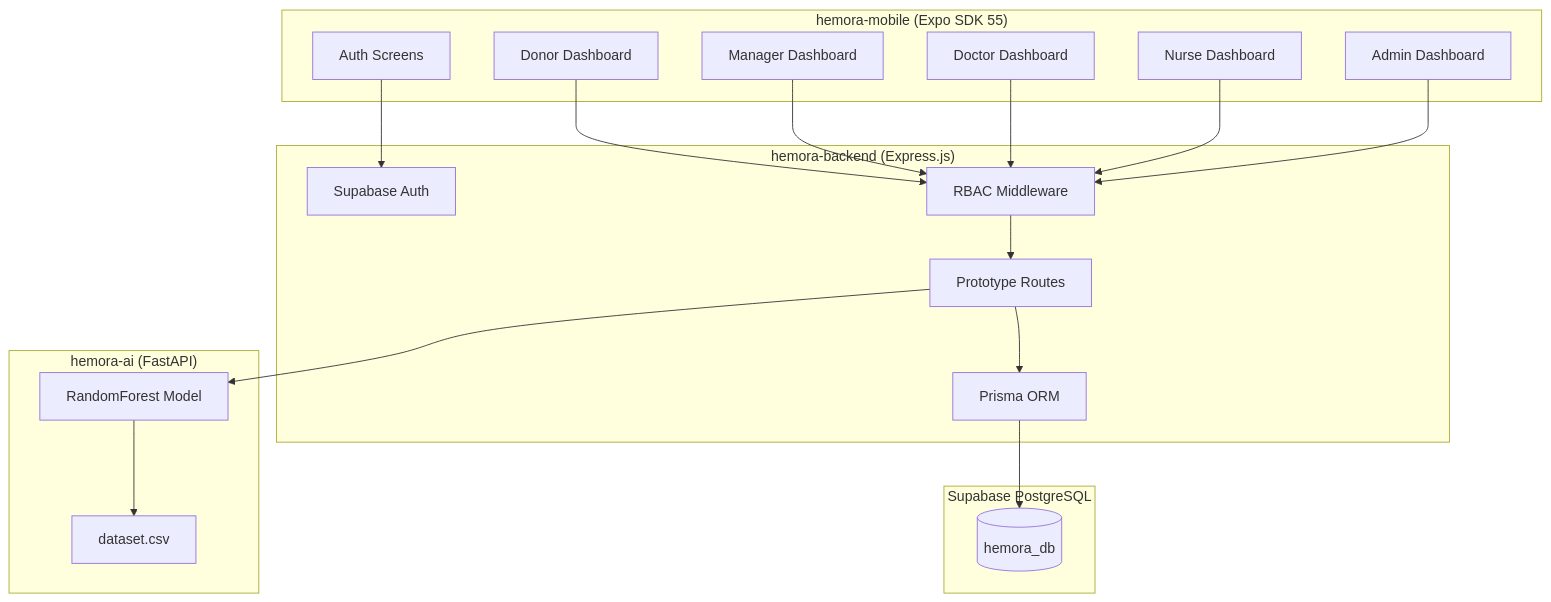
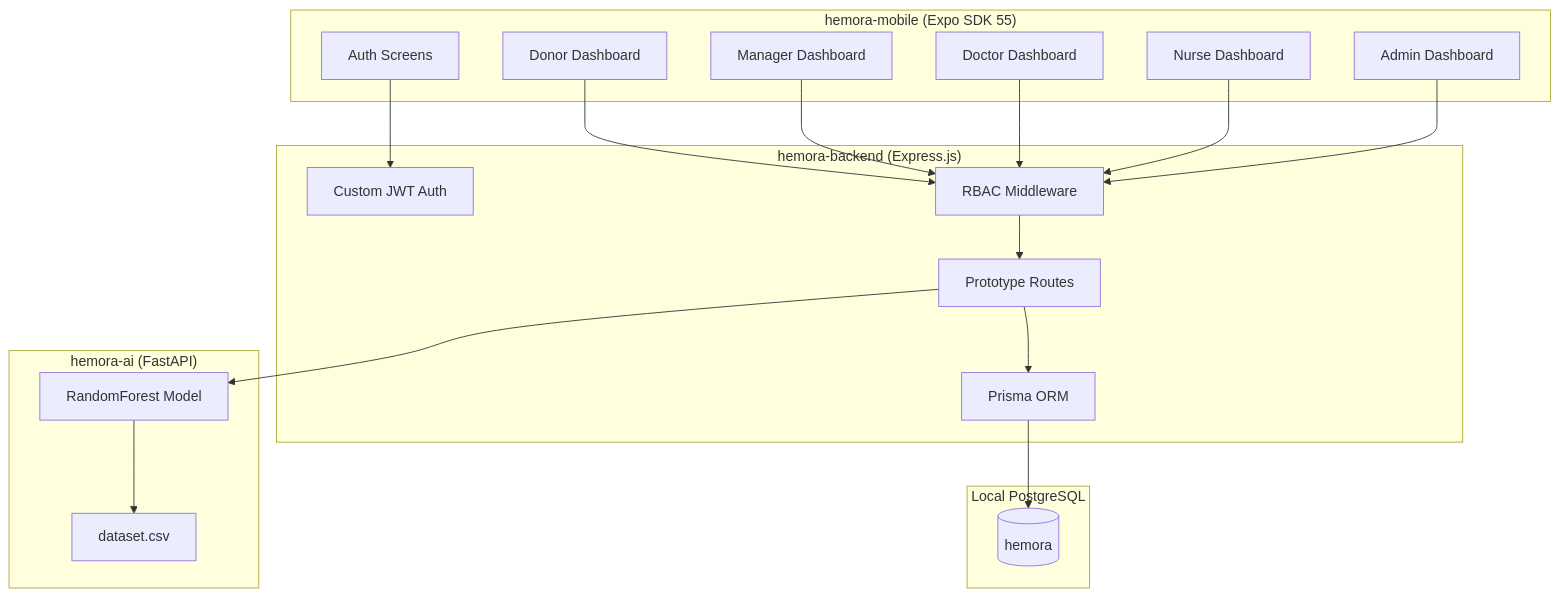
Before and after one commit to chimputu/Hemora: the diagram in ARCHITECTURE.md, drawn with Mermaid. The commit also changed other lines of this file and 51 other files, not shown here.

First line of the commit message:
feat: custom auth implementation with Google OAuth, RBAC middleware, and routing verification

````diff
--- a/ARCHITECTURE.md
+++ b/ARCHITECTURE.md
@@ -7,39 +7,39 @@
 ```mermaid
 graph TB
     subgraph Mobile["hemora-mobile (Expo SDK 55)"]
         D1[Donor Dashboard]
         D2[Manager Dashboard]
         D3[Doctor Dashboard]
         D4[Nurse Dashboard]
         D5[Admin Dashboard]
         A[Auth Screens]
     end
 
     subgraph Backend["hemora-backend (Express.js)"]
-        RA[Supabase Auth]
+        RA[Custom JWT Auth]
         RB[RBAC Middleware]
         RC[Prototype Routes]
         RP[Prisma ORM]
     end
 
-    subgraph Database["Supabase PostgreSQL"]
-        DB[(hemora_db)]
+    subgraph Database["Local PostgreSQL"]
+        DB[(hemora)]
     end
 
     subgraph AI["hemora-ai (FastAPI)"]
         PM[RandomForest Model]
         DS[dataset.csv]
     end
 
     A --> RA
     D1 --> RB
     D2 --> RB
     D3 --> RB
     D4 --> RB
     D5 --> RB
     RB --> RC
     RC --> RP
     RP --> DB
     RC --> PM
     PM --> DS
 ```
````
